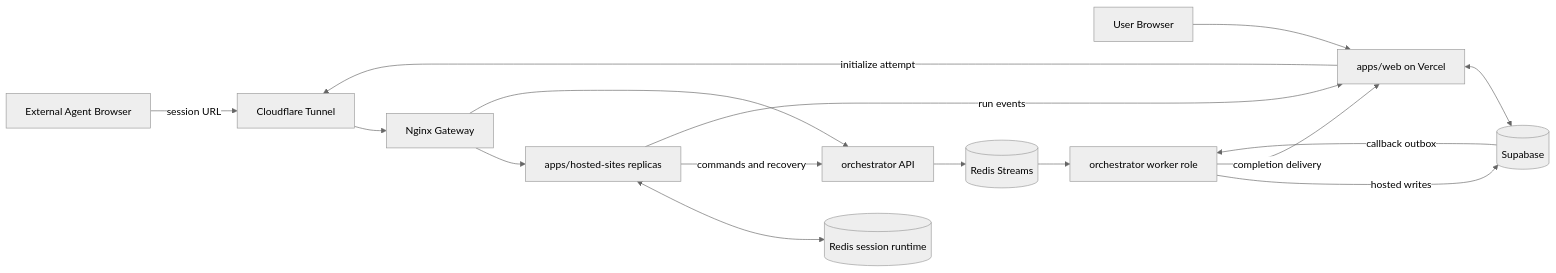
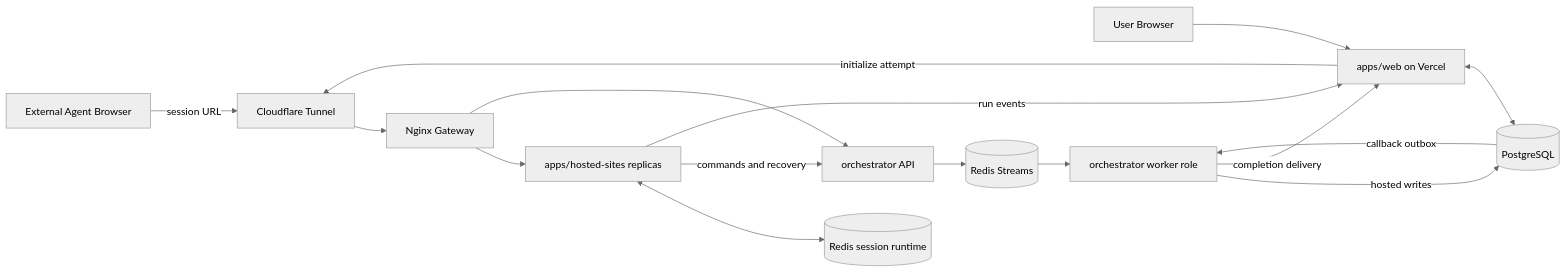
Before and after one commit to Kaiwen0418/agent-benchmark: the diagram in README.md, drawn with Mermaid (neutral theme). The commit also changed other lines of this file and 44 other files, not shown here.

````diff
--- a/README.md
+++ b/README.md
@@ -54,18 +54,18 @@
 ```mermaid
 flowchart LR
   Agent["External Agent Browser"] -->|"session URL"| Edge["Cloudflare Tunnel"]
   User["User Browser"] --> Web["apps/web on Vercel"]
   Web -->|"initialize attempt"| Edge
   Edge --> Gateway["Nginx Gateway"]
   Gateway --> Sites["apps/hosted-sites replicas"]
   Gateway --> Orchestrator["orchestrator API"]
   Sites <--> SessionRedis[("Redis session runtime")]
-  Web <--> DB[("Supabase")]
+  Web <--> DB[("PostgreSQL")]
   Sites -->|"commands and recovery"| Orchestrator
   Orchestrator --> Streams[("Redis Streams")]
   Streams --> Worker["orchestrator worker role"]
   Worker -->|"hosted writes"| DB
   Sites -->|"run events"| Web
   DB -->|"callback outbox"| Worker
   Worker -->|"completion delivery"| Web
 ```
````
